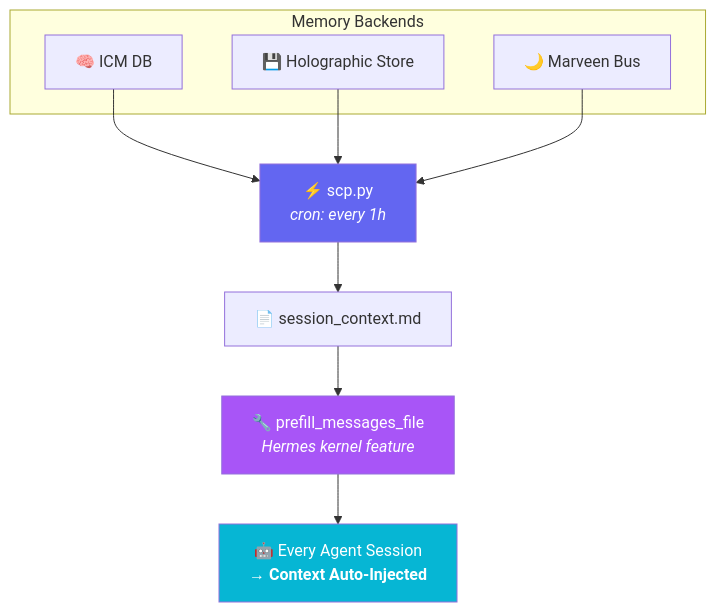
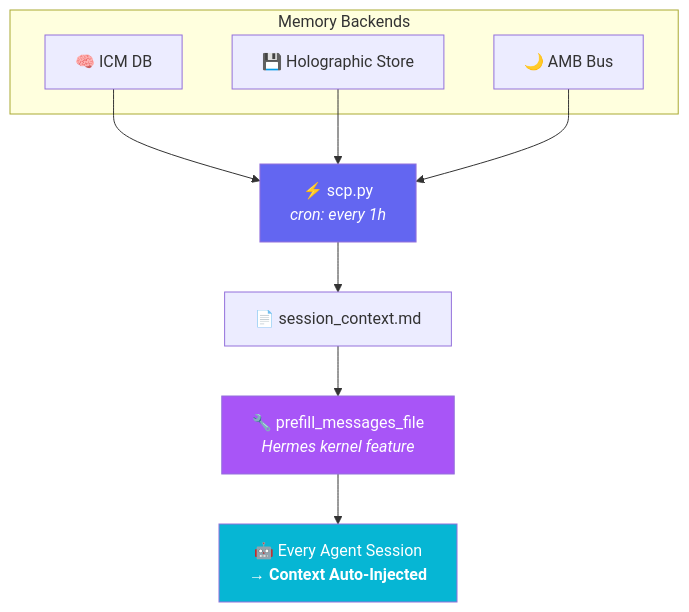
Before and after one commit to kriszmac4/scp: the diagram in README.md, drawn with Mermaid. The commit also changed other lines of this file and 1 other file, not shown here.

Commit message:
clean: marveen→agent_message_bus rename cleanup

````diff
--- a/README.md
+++ b/README.md
@@ -40,19 +40,19 @@
 ```mermaid
 flowchart TB
     subgraph Sources["Memory Backends"]
         A["🧠 ICM DB"] 
         B["💾 Holographic Store"]
-        C["🌙 Marveen Bus"]
+        C["🌙 AMB Bus"]
     end
     
     D["⚡ scp.py<br><i>cron: every 1h</i>"] 
     E["📄 session_context.md"]
     F["🔧 prefill_messages_file<br><i>Hermes kernel feature</i>"]
     G["🤖 Every Agent Session<br><b>→ Context Auto-Injected</b>"]
     
     A & B & C --> D --> E --> F --> G
     
     style D fill:#6366f1,color:#fff
     style F fill:#a855f7,color:#fff
     style G fill:#06b6d4,color:#fff
 ```
````
